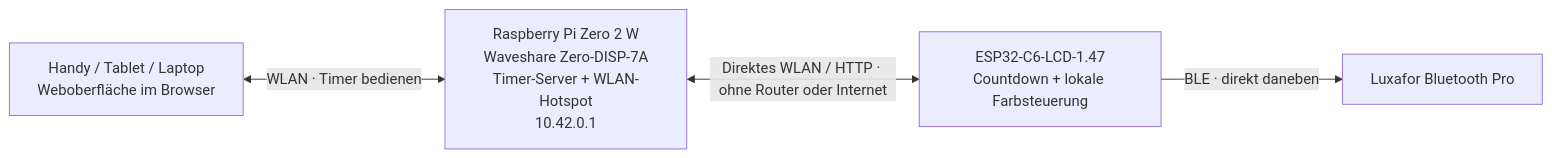
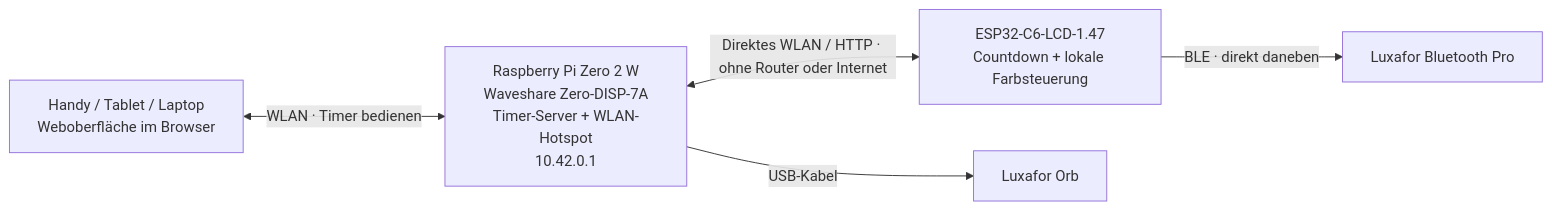
Before and after one commit to sglogger/pi-timer-wifi: the diagram in README.md, drawn with Mermaid. The commit also changed other lines of this file and 21 other files, not shown here.

````diff
--- a/README.md
+++ b/README.md
@@ -10,10 +12,12 @@
 ```mermaid
 flowchart LR
   A["Raspberry Pi Zero 2 W\nWaveshare Zero-DISP-7A\nTimer-Server + WLAN-Hotspot\n10.42.0.1"]
   B["ESP32-C6-LCD-1.47\nCountdown + lokale Farbsteuerung"]
   C["Luxafor Bluetooth Pro"]
   A <-->|"Direktes WLAN / HTTP · ohne Router oder Internet"| B
   B -->|"BLE · direkt daneben"| C
   D["Handy / Tablet / Laptop\nWeboberfläche im Browser"]
   D <-->|"WLAN · Timer bedienen"| A
+  E["Luxafor Orb"]
+  A -->|"USB-Kabel"| E
 ```
````
